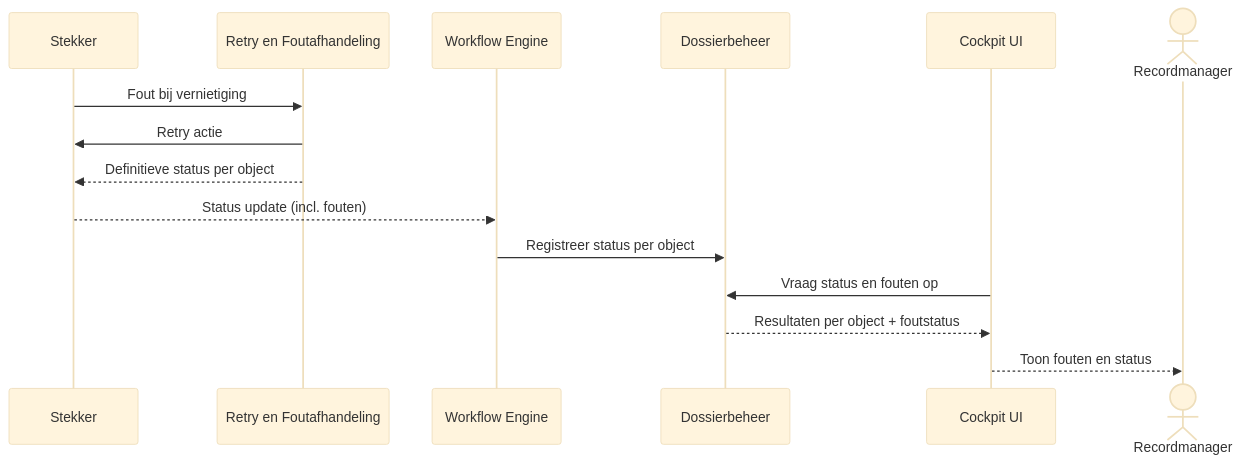
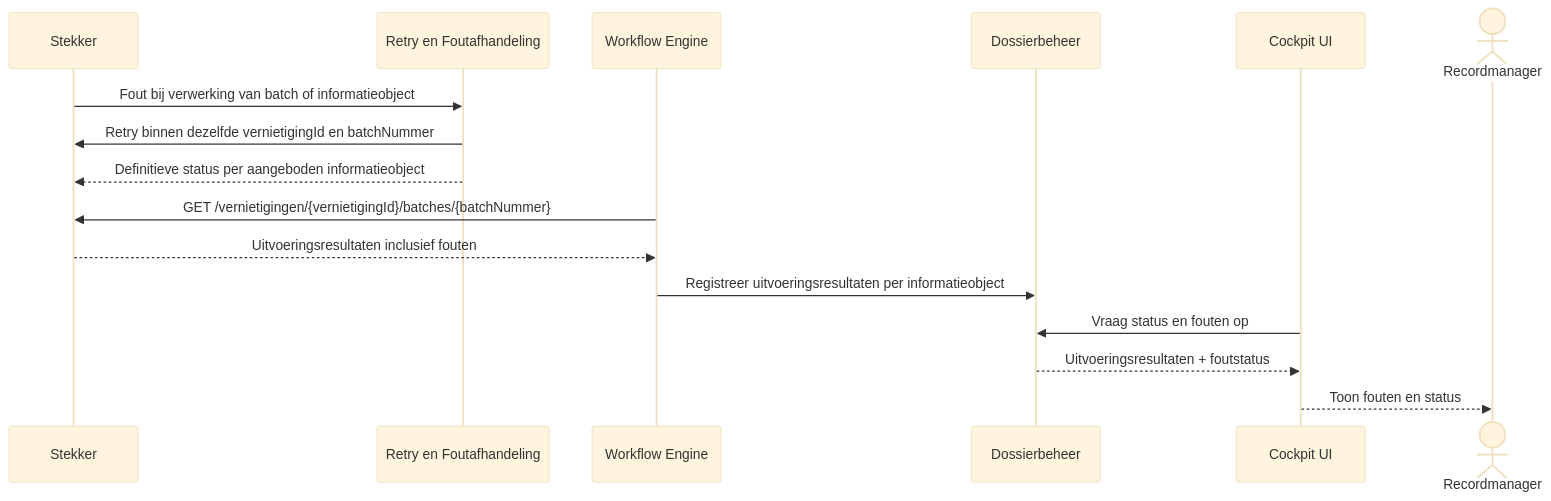
One commit to GemeenteArnhem/Vernietigingscockpit changed the seventh of 11 diagrams in architectuur/sequence-diagrammen.md. Above: the diagram before and after it, drawn with Mermaid (base theme). The commit also changed other lines of this file and 4 other files, not shown here.

````diff
--- a/architectuur/sequence-diagrammen.md
+++ b/architectuur/sequence-diagrammen.md
@@ -185,20 +213,21 @@
 ```mermaid
 sequenceDiagram
     participant Stekker
     participant Retry as Retry en Foutafhandeling
     participant WF as Workflow Engine
     participant D as Dossierbeheer
     participant UI as Cockpit UI
     actor RM as Recordmanager
 
-    Stekker ->> Retry: Fout bij vernietiging
-    Retry ->> Stekker: Retry actie
-    Retry -->> Stekker: Definitieve status per object
+    Stekker ->> Retry: Fout bij verwerking van batch of informatieobject
+    Retry ->> Stekker: Retry binnen dezelfde vernietigingId en batchNummer
+    Retry -->> Stekker: Definitieve status per aangeboden informatieobject
 
-    Stekker -->> WF: Status update (incl. fouten)
-    WF ->> D: Registreer status per object
+    WF ->> Stekker: GET /vernietigingen/{vernietigingId}/batches/{batchNummer}
+    Stekker -->> WF: Uitvoeringsresultaten inclusief fouten
+    WF ->> D: Registreer uitvoeringsresultaten per informatieobject
 
     UI ->> D: Vraag status en fouten op
-    D -->> UI: Resultaten per object + foutstatus
+    D -->> UI: Uitvoeringsresultaten + foutstatus
     UI -->> RM: Toon fouten en status
 ```
````
